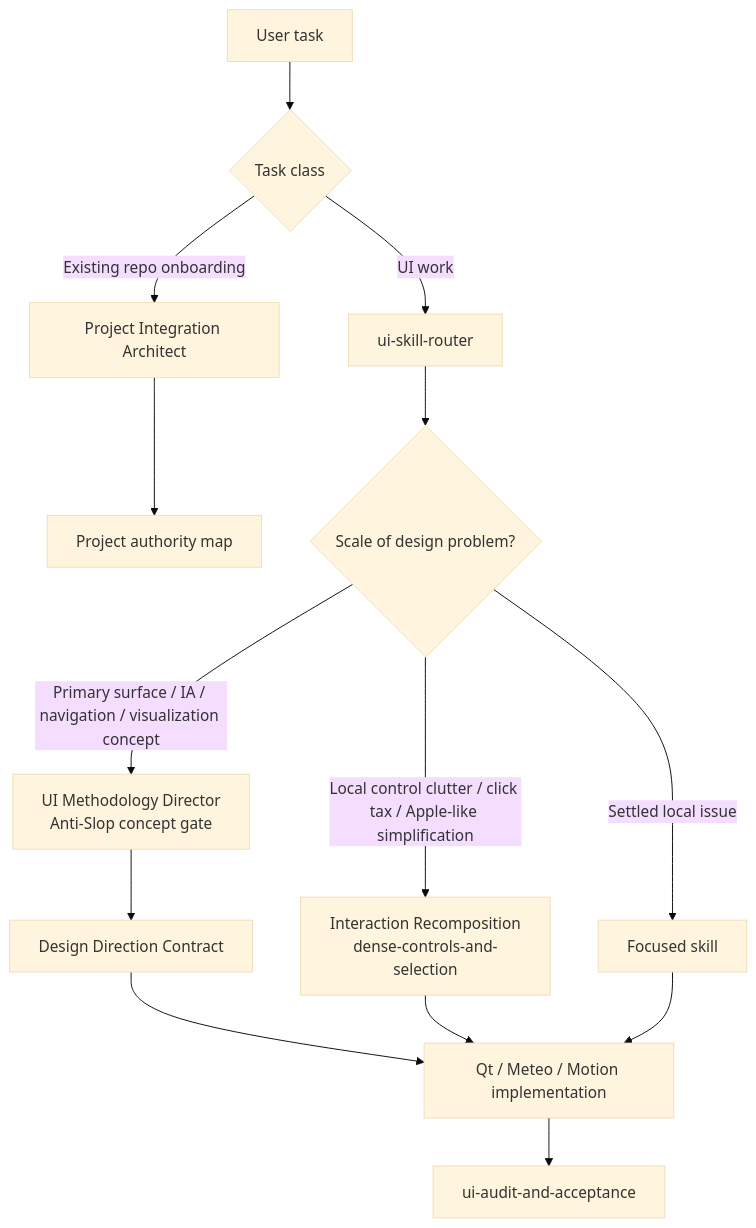
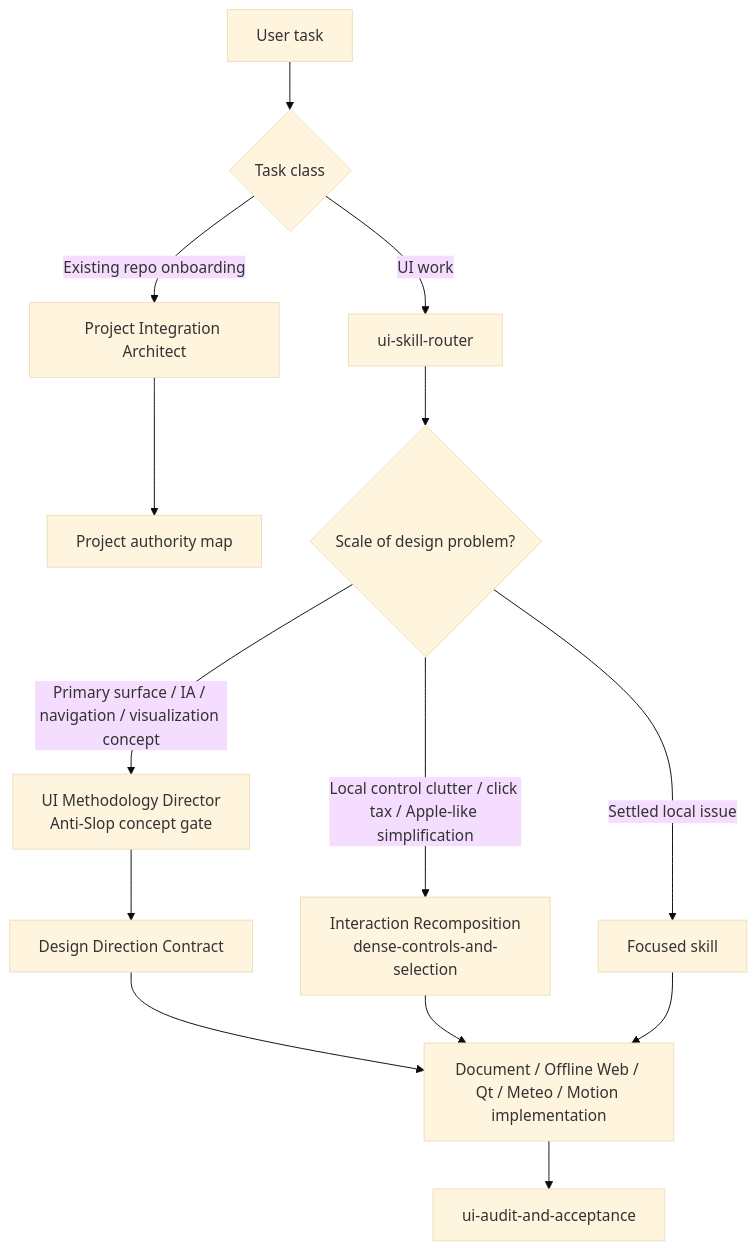
The diagram in README.md (f2re/ai-agents-skills), drawn with Mermaid (base theme) before and after one commit. The commit also changed other lines of this file and 17 other files, not shown here.

````diff
--- a/README.md
+++ b/README.md
@@ -58,18 +60,18 @@
 ```mermaid
 flowchart TD
     U[User task] --> T{Task class}
     T -->|Existing repo onboarding| PI[Project Integration Architect]
     PI --> AUTH[Project authority map]
 
     T -->|UI work| R[ui-skill-router]
     R --> S{Scale of design problem?}
     S -->|Primary surface / IA / navigation / visualization concept| AS[UI Methodology Director\nAnti-Slop concept gate]
     AS --> DC[Design Direction Contract]
     S -->|Local control clutter / click tax / Apple-like simplification| IR[Interaction Recomposition\ndense-controls-and-selection]
     S -->|Settled local issue| F[Focused skill]
 
-    DC --> IMPL[Qt / Meteo / Motion implementation]
+    DC --> IMPL[Document / Offline Web / Qt / Meteo / Motion implementation]
     IR --> IMPL
     F --> IMPL
     IMPL --> AU[ui-audit-and-acceptance]
 ```
````
